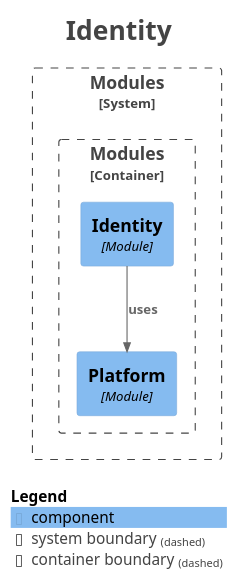
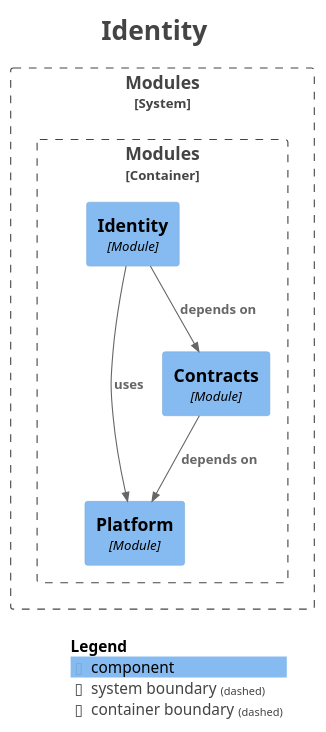
One commit to thereYany/btry changed the diagram in docs/generated/modulith/module-identity.puml. Above: the diagram before and after it, drawn with PlantUML. The commit also changed 91 other files, not shown here.

First line of the commit message:
feat(p4-2): 抽取 contracts 契约模块，模块图清零循环

```diff
--- a/docs/generated/modulith/module-identity.puml
+++ b/docs/generated/modulith/module-identity.puml
@@ -1,30 +1,33 @@
 @startuml
 title <size:24>Identity</size>
 
 set separator none
 top to bottom direction
 
 <style>
   root {
     BackgroundColor: #ffffff
     FontColor: #444444
   }
 </style>
 
 !include <C4/C4>
 !include <C4/C4_Context>
 !include <C4/C4_Component>
 
 System_Boundary("Modules_boundary", "Modules", $tags="") {
   Container_Boundary("Modules.Modules_boundary", "Modules", $tags="") {
+    Component(Modules.Modules.Platform, "Platform", $techn="Module", $descr="", $tags="", $link="")
+    Component(Modules.Modules.Contracts, "Contracts", $techn="Module", $descr="", $tags="", $link="")
     Component(Modules.Modules.Identity, "Identity", $techn="Module", $descr="", $tags="", $link="")
-    Component(Modules.Modules.Platform, "Platform", $techn="Module", $descr="", $tags="", $link="")
   }
 
 }
 
+Rel(Modules.Modules.Identity, Modules.Modules.Contracts, "depends on", $techn="", $tags="", $link="")
 Rel(Modules.Modules.Identity, Modules.Modules.Platform, "uses", $techn="", $tags="", $link="")
+Rel(Modules.Modules.Contracts, Modules.Modules.Platform, "depends on", $techn="", $tags="", $link="")
 
 SHOW_LEGEND(true)
 hide stereotypes
 @enduml
```
